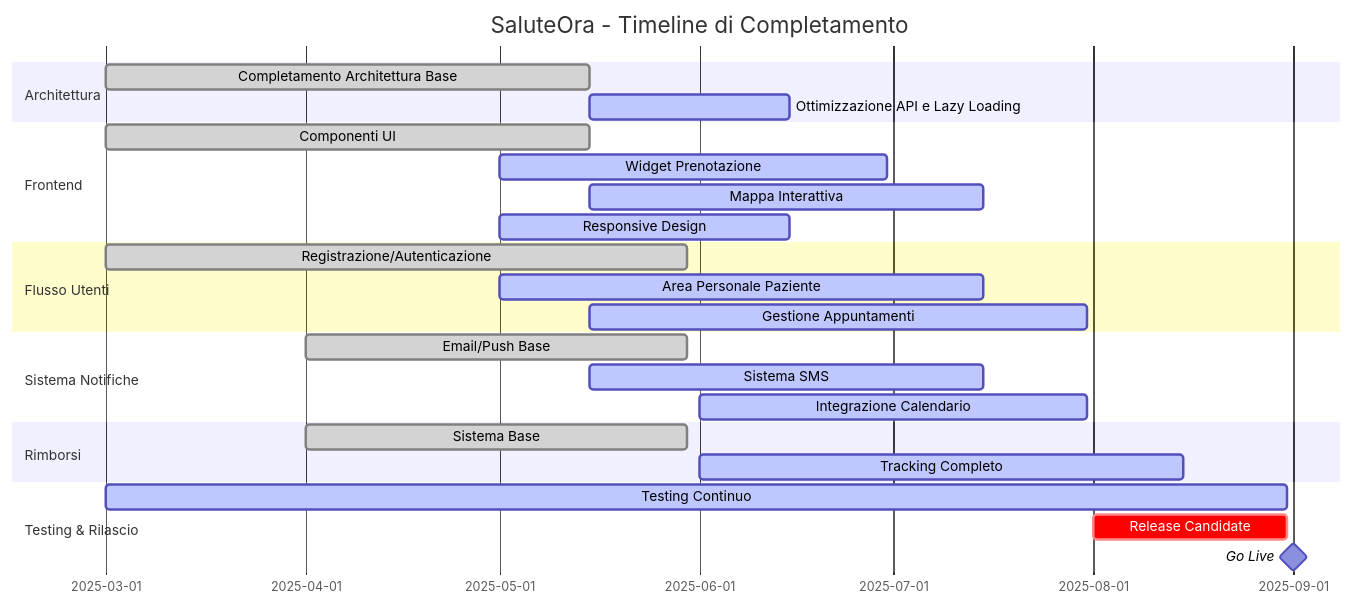
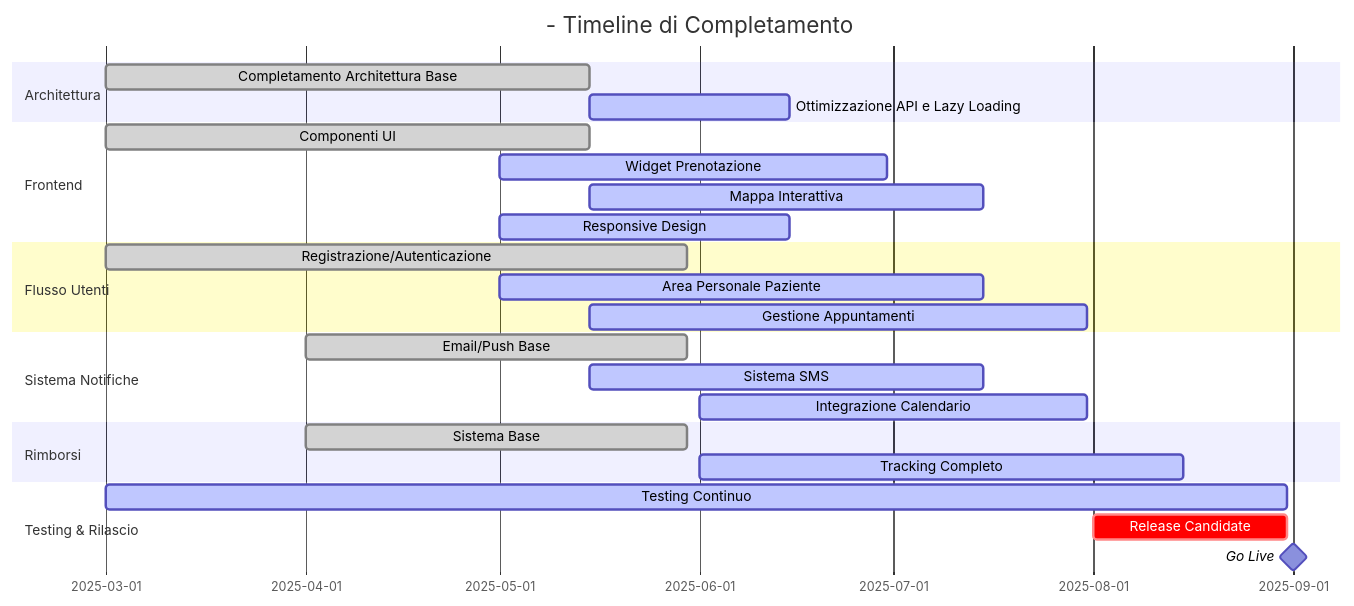
Before and after one commit to laraxot/module_chart_fila4: the diagram in docs/stato-aggiornamenti-lavori.md, drawn with Mermaid. The commit also changed other lines of this file and 301 other files, not shown here.

````diff
--- a/docs/stato-aggiornamenti-lavori.md
+++ b/docs/stato-aggiornamenti-lavori.md
@@ -25,34 +25,34 @@
 ```mermaid
 gantt
     dateFormat  YYYY-MM-DD
-    title SaluteOra - Timeline di Completamento
+    title <nome progetto> - Timeline di Completamento
     
     section Architettura
     Completamento Architettura Base :done, arch1, 2025-03-01, 2025-05-15
     Ottimizzazione API e Lazy Loading :active, arch2, 2025-05-15, 2025-06-15
     
     section Frontend
     Componenti UI :done, ui1, 2025-03-01, 2025-05-15
     Widget Prenotazione :active, ui2, 2025-05-01, 2025-06-30
     Mappa Interattiva :active, ui3, 2025-05-15, 2025-07-15
     Responsive Design :active, ui4, 2025-05-01, 2025-06-15
     
     section Flusso Utenti
     Registrazione/Autenticazione :done, flow1, 2025-03-01, 2025-05-30
     Area Personale Paziente :active, flow2, 2025-05-01, 2025-07-15
     Gestione Appuntamenti :active, flow3, 2025-05-15, 2025-07-31
     
     section Sistema Notifiche
     Email/Push Base :done, not1, 2025-04-01, 2025-05-30
     Sistema SMS :active, not2, 2025-05-15, 2025-07-15
     Integrazione Calendario :active, not3, 2025-06-01, 2025-07-31
     
     section Rimborsi
     Sistema Base :done, rim1, 2025-04-01, 2025-05-30
     Tracking Completo :active, rim2, 2025-06-01, 2025-08-15
     
     section Testing & Rilascio
     Testing Continuo :active, test1, 2025-03-01, 2025-08-31
     Release Candidate :crit, test2, 2025-08-01, 2025-08-31
     Go Live :milestone, test3, 2025-09-01, 0d
 ```
````
